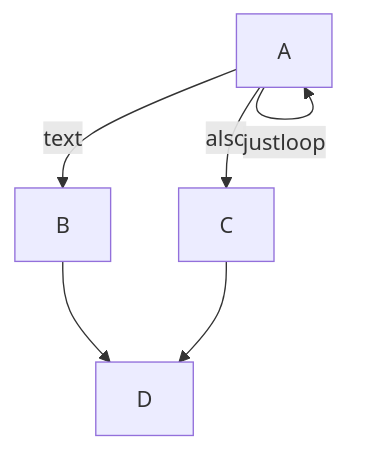
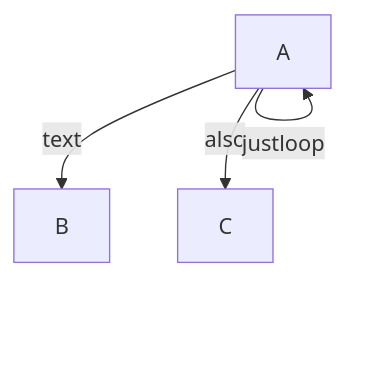
One commit to shaharyi/final_exam_2023 changed the diagram in q12.md. Above: the diagram before and after it, drawn with Mermaid.

````diff
--- a/q12.md
+++ b/q12.md
@@ -20,8 +20,6 @@
 ```mermaid
 graph TD;
     A-- text -->B;
     A-- also -->C;
     A-- justloop -->A;
-    B-->D;
-    C-->D;
 ```
````
